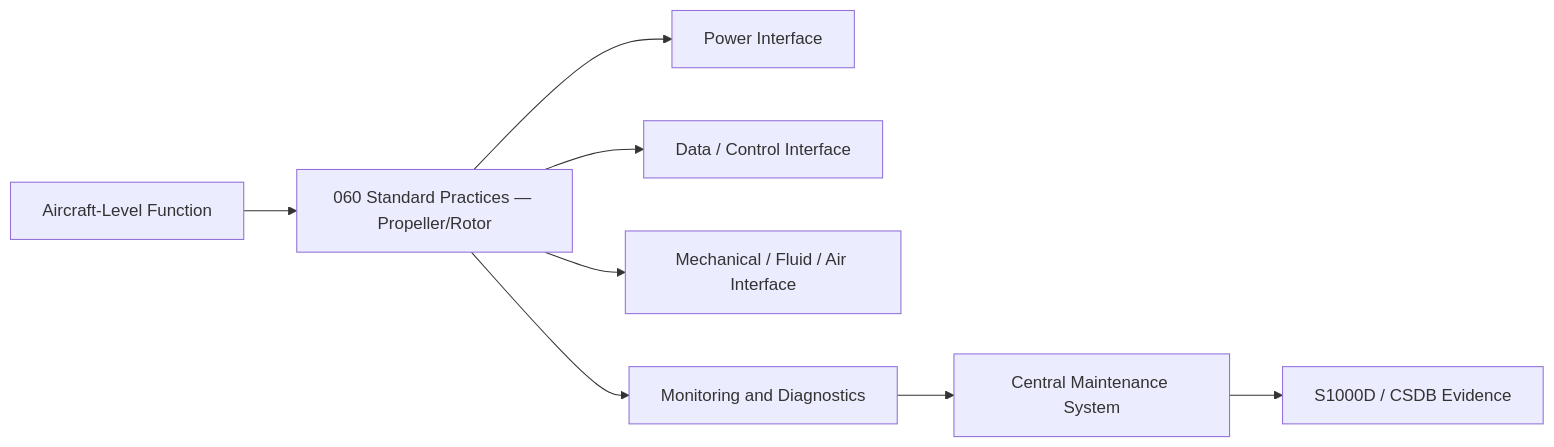
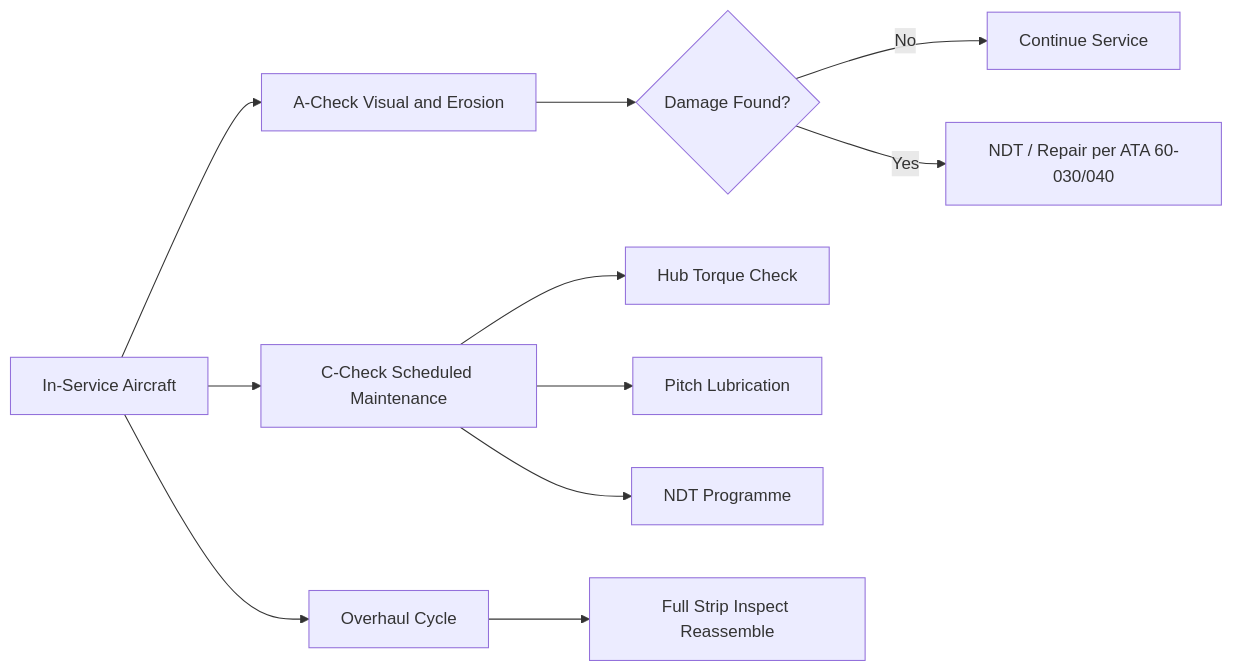
The first of 2 diagrams in Q+ATLANTIDE/000-099_ATLAS/060-069_Propulsion-Tradicional/060_Standard-Practices-Propeller-Rotor/060-070-Propeller-Rotor-Maintenance-and-Servicing.md (AmedeoPelliccia/Qplus-For-All-Queer-People-and-Quantum), drawn with Mermaid before and after one commit. The commit also changed other lines of this file and 74 other files, not shown here.

````diff
--- a/Q+ATLANTIDE/000-099_ATLAS/060-069_Propulsion-Tradicional/060_Standard-Practices-Propeller-Rotor/060-070-Propeller-Rotor-Maintenance-and-Servicing.md
+++ b/Q+ATLANTIDE/000-099_ATLAS/060-069_Propulsion-Tradicional/060_Standard-Practices-Propeller-Rotor/060-070-Propeller-Rotor-Maintenance-and-Servicing.md
@@ -153,10 +92,13 @@
 ```mermaid
 flowchart LR
-    A[Aircraft-Level Function] --> B[060 Standard Practices — Propeller/Rotor]
-    B --> C[Power Interface]
-    B --> D[Data / Control Interface]
-    B --> E[Mechanical / Fluid / Air Interface]
-    B --> F[Monitoring and Diagnostics]
-    F --> G[Central Maintenance System]
-    G --> H[S1000D / CSDB Evidence]
+    A[In-Service Aircraft] --> B[A-Check Visual and Erosion]
+    B --> C{Damage Found?}
+    C -->|No| D[Continue Service]
+    C -->|Yes| E[NDT / Repair per ATA 60-030/040]
+    A --> F[C-Check Scheduled Maintenance]
+    F --> G[Hub Torque Check]
+    F --> H[Pitch Lubrication]
+    F --> I[NDT Programme]
+    A --> J[Overhaul Cycle]
+    J --> K[Full Strip Inspect Reassemble]
 ```
````
